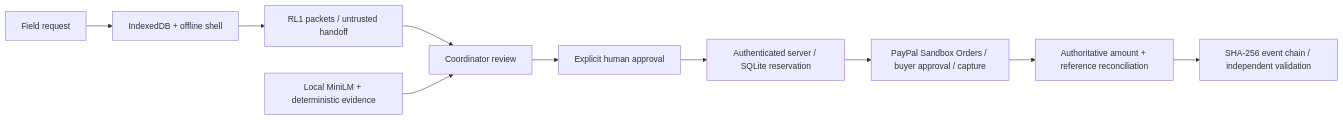
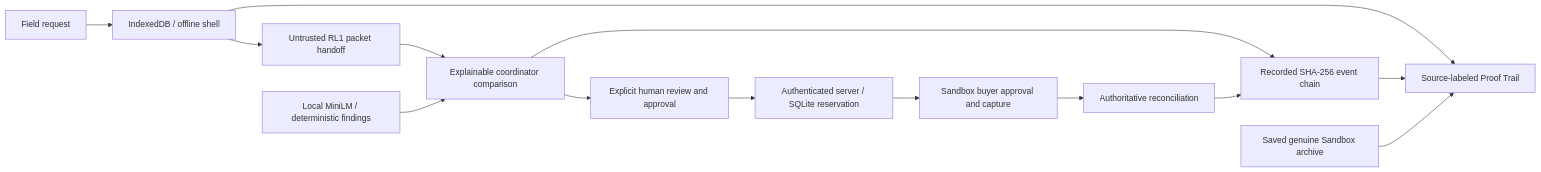
The diagram in docs/ARCHITECTURE.md (Ledgercorp/Waylatch), drawn with Mermaid before and after one commit. The commit also changed other lines of this file and 88 other files, not shown here.

Commit message:
feat: integrate proof trails and guided review with verified resilience

````diff
--- a/docs/ARCHITECTURE.md
+++ b/docs/ARCHITECTURE.md
@@ -17,12 +33,16 @@
 ```mermaid
 flowchart LR
-  Field[Field request] --> Local[IndexedDB + offline shell]
-  Local --> QR[RL1 packets / untrusted handoff]
-  QR --> Review[Coordinator review]
-  Model[Local MiniLM + deterministic evidence] --> Review
-  Review --> Human[Explicit human approval]
+  Field[Field request] --> Local[IndexedDB / offline shell]
+  Local --> QR[Untrusted RL1 packet handoff]
+  QR --> Review[Explainable coordinator comparison]
+  Model[Local MiniLM / deterministic findings] --> Review
+  Review --> Human[Explicit human review and approval]
   Human --> Server[Authenticated server / SQLite reservation]
-  Server --> Sandbox[PayPal Sandbox Orders / buyer approval / capture]
-  Sandbox --> Inspect[Authoritative amount + reference reconciliation]
-  Inspect --> Audit[SHA-256 event chain / independent validation]
+  Server --> Sandbox[Sandbox buyer approval and capture]
+  Sandbox --> Inspect[Authoritative reconciliation]
+  Local --> Proof[Source-labeled Proof Trail]
+  Review --> Audit[Recorded SHA-256 event chain]
+  Inspect --> Audit
+  Audit --> Proof
+  Archive[Saved genuine Sandbox archive] --> Proof
 ```
````
